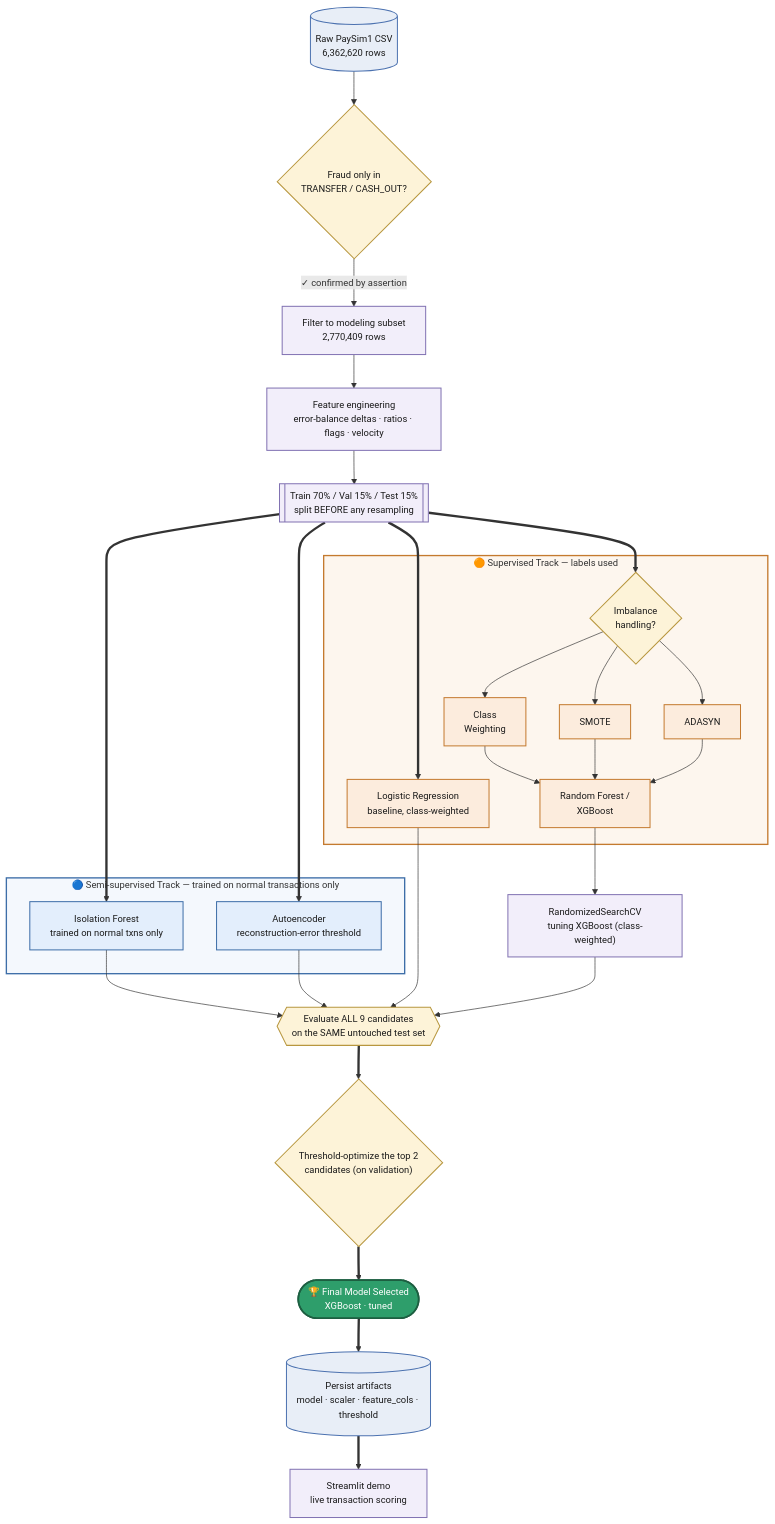
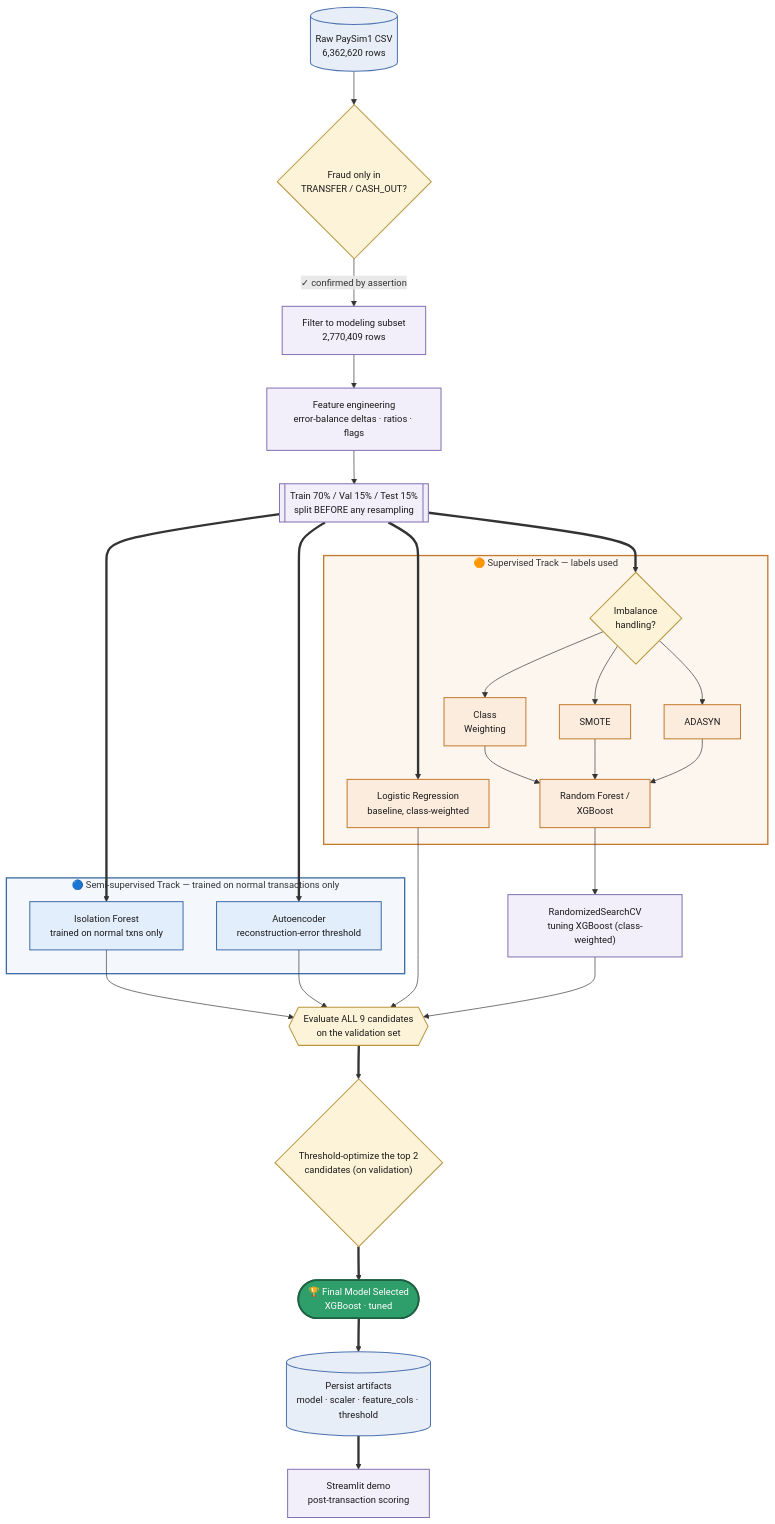
The third of 3 diagrams in README.md (Sudharshan205-Proj/fraud-detection-system), drawn with Mermaid before and after one commit. The commit also changed other lines of this file and 15 other files, not shown here.

````diff
--- a/README.md
+++ b/README.md
@@ -240,67 +240,67 @@
 ```mermaid
 %%{init: {"flowchart": {"curve": "basis"}, "themeVariables": {"fontSize": "14px"}}}%%
 flowchart TD
     R[("Raw PaySim1 CSV<br/>6,362,620 rows")]
     F1{"Fraud only in<br/>TRANSFER / CASH_OUT?"}
     S["Filter to modeling subset<br/>2,770,409 rows"]
-    FE["Feature engineering<br/>error-balance deltas · ratios · flags · velocity"]
+    FE["Feature engineering<br/>error-balance deltas · ratios · flags"]
     SPLIT[["Train 70% / Val 15% / Test 15%<br/>split BEFORE any resampling"]]
 
     R --> F1
     F1 -->|"✓ confirmed by assertion"| S
     S --> FE --> SPLIT
 
     subgraph UNSUP["🔵 Semi-supervised Track — trained on normal transactions only"]
         U1["Isolation Forest<br/>trained on normal txns only"]
         U2["Autoencoder<br/>reconstruction-error threshold"]
     end
 
     subgraph SUP["🟠 Supervised Track — labels used"]
         V1["Logistic Regression<br/>baseline, class-weighted"]
         IMB{"Imbalance<br/>handling?"}
         IMB1["Class<br/>Weighting"]
         IMB2["SMOTE"]
         IMB3["ADASYN"]
         V2["Random Forest /<br/>XGBoost"]
         IMB --> IMB1 & IMB2 & IMB3
         IMB1 & IMB2 & IMB3 --> V2
     end
 
     SPLIT ==> U1
     SPLIT ==> U2
     SPLIT ==> V1
     SPLIT ==> IMB
 
     TUNE["RandomizedSearchCV<br/>tuning XGBoost (class-weighted)"]
     V2 --> TUNE
 
-    EVAL{{"Evaluate ALL 9 candidates<br/>on the SAME untouched test set"}}
+    EVAL{{"Evaluate ALL 9 candidates<br/>on the validation set"}}
     U1 --> EVAL
     U2 --> EVAL
     V1 --> EVAL
     TUNE --> EVAL
 
     THRESH{"Threshold-optimize the top 2<br/>candidates (on validation)"}
     FINAL(["🏆 Final Model Selected<br/>XGBoost · tuned"])
     ART[("Persist artifacts<br/>model · scaler · feature_cols · threshold")]
-    DEMO["Streamlit demo<br/>live transaction scoring"]
+    DEMO["Streamlit demo<br/>post-transaction scoring"]
 
     EVAL ==> THRESH ==> FINAL ==> ART ==> DEMO
 
     classDef data     fill:#e8eef7,stroke:#4C72B0,stroke-width:1.5px,color:#1a1a1a
     classDef decision fill:#fdf3d8,stroke:#b8973f,stroke-width:1.5px,color:#1a1a1a
     classDef process  fill:#f2eefa,stroke:#8172B2,stroke-width:1.5px,color:#1a1a1a
     classDef unsup    fill:#e3eefc,stroke:#3d6ea8,stroke-width:1.5px,color:#1a1a1a
     classDef sup      fill:#fcecdd,stroke:#c47a2f,stroke-width:1.5px,color:#1a1a1a
     classDef final    fill:#2e9e6b,stroke:#1d5f41,stroke-width:2.5px,color:#ffffff
 
     class R,ART data
     class F1,IMB,THRESH,EVAL decision
     class S,FE,SPLIT,TUNE,DEMO process
     class U1,U2 unsup
     class V1,IMB1,IMB2,IMB3,V2 sup
     class FINAL final
 
     style UNSUP fill:#f4f8fd,stroke:#3d6ea8,stroke-width:2px
     style SUP   fill:#fdf6ee,stroke:#c47a2f,stroke-width:2px
 ```
````
